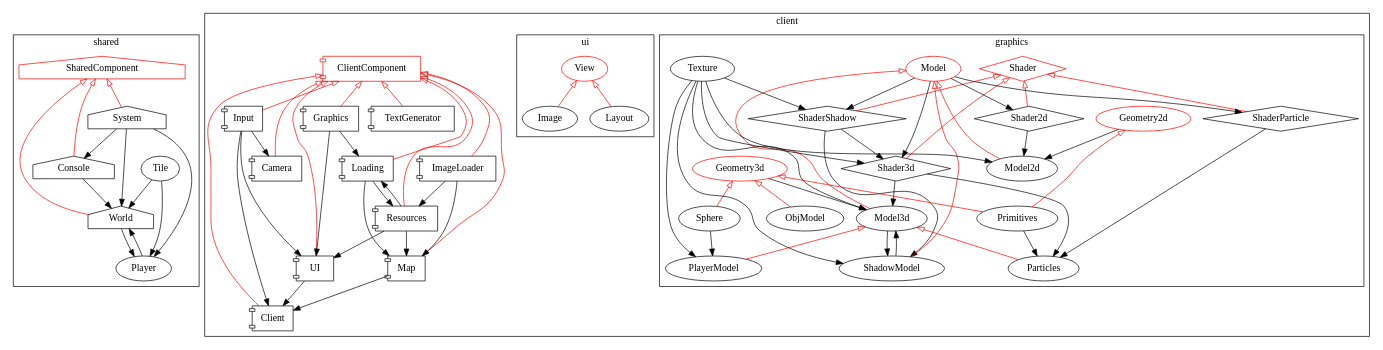
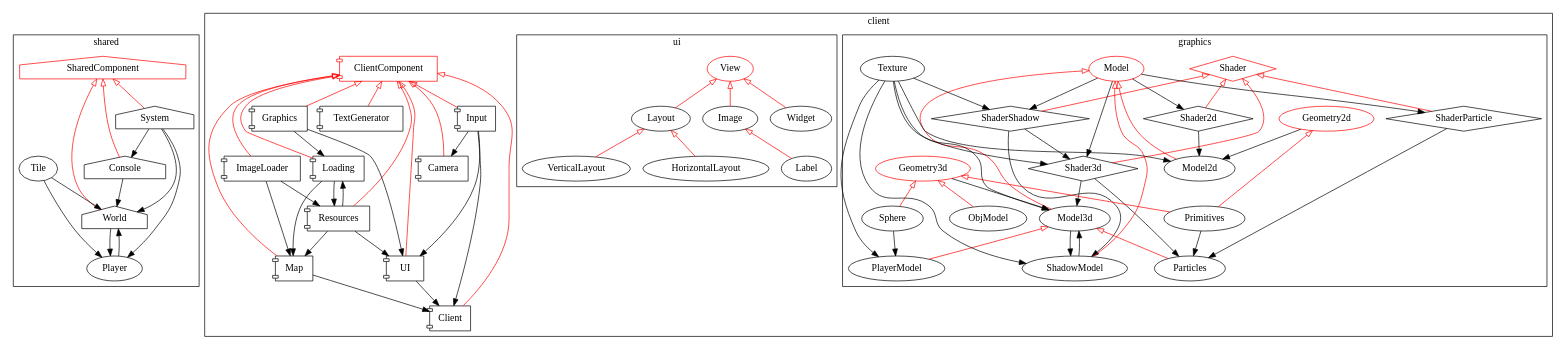
The diagram in graph.dot (AsGreyWolf/Teeworlds3d), drawn with Graphviz before and after one commit. The commit also changed 8 other files, not shown here.

```diff
--- a/graph.dot
+++ b/graph.dot
@@ -1,186 +1,195 @@
  digraph tee3d {
  	subgraph cluster_0 {
  		label="shared";
  		SharedComponent [shape=house color=red];
  		Console [shape=house];
 	 	System [shape=house];
 	 	World [shape=house];
 	 	Tile;
 	 	Player;
 		SharedComponent->Console[color=red arrowhead=none arrowtail=empty dir=back];
 		SharedComponent->System[color=red arrowhead=none arrowtail=empty dir=back];
 		SharedComponent->World[color=red arrowhead=none arrowtail=empty dir=back];
 		World->Player;
 		System->Player;
 		Tile->Player;
 		Player->World;
 		Tile->World;
 		Console->World;
 		System->World;
 		System->Console;
  	}
  	subgraph cluster_1 {
  		label="client";
 	 	ClientComponent [shape=component color=red];
 	 	Client [shape=component];
 	 	Graphics [shape=component];
 	 	Camera [shape=component];
 	 	Resources [shape=component];
 	 	Input [shape=component];
 	 	Map [shape=component];
 	 	TextGenerator [shape=component];
 	 	ImageLoader [shape=component];
 	 	Loading [shape=component];
 	 	UI [shape=component];
 
 		ClientComponent->Camera[color=red arrowhead=none arrowtail=empty dir=back];
 		ClientComponent->Client[color=red arrowhead=none arrowtail=empty dir=back];
 		ClientComponent->Graphics[color=red arrowhead=none arrowtail=empty dir=back];
 		ClientComponent->Resources[color=red arrowhead=none arrowtail=empty dir=back];
 		ClientComponent->Input[color=red arrowhead=none arrowtail=empty dir=back];
 		ClientComponent->Map[color=red arrowhead=none arrowtail=empty dir=back];
 		ClientComponent->TextGenerator[color=red arrowhead=none arrowtail=empty dir=back];
 		ClientComponent->ImageLoader[color=red arrowhead=none arrowtail=empty dir=back];
 		ClientComponent->Loading[color=red arrowhead=none arrowtail=empty dir=back];
 		ClientComponent->UI[color=red arrowhead=none arrowtail=empty dir=back];
 
 		Input->Client;
 		Input->Camera;
 		ImageLoader->Map;
 		ImageLoader->Resources->Map;
 		Loading->Map;
 		Loading->Resources;
 		Graphics->Loading;
 		Resources->Loading;
 		Graphics->UI;
 		Resources->UI;
 		Input->UI;
 		UI->Client;
 		Map->Client;
 
 	 	subgraph cluster_2 {
 	 		label="graphics";
 			Shader [shape=diamond color=red];
 			Shader3d [shape=diamond];
 			ShaderShadow [shape=diamond];
 			Shader2d [shape=diamond];
 			ShaderParticle [shape=diamond];
 			Model [color=red];
 			Geometry3d[color=red];
 			Geometry2d[color=red];
 			Model3d;
 			Model2d;
 			ShadowModel;
 			PlayerModel;
 			Particles;
 			ObjModel;
 			Primitives;
 			Sphere;
 			Texture;
 			Model->Model3d->PlayerModel[color=red arrowhead=none arrowtail=empty dir=back];
 			Model->ShadowModel[color=red arrowhead=none arrowtail=empty dir=back];
 			Model->Model2d[color=red arrowhead=none arrowtail=empty dir=back];
 			Shader->Shader3d[color=red arrowhead=none arrowtail=empty dir=back];
 			Shader->ShaderShadow[color=red arrowhead=none arrowtail=empty dir=back];
 			Shader->ShaderParticle[color=red arrowhead=none arrowtail=empty dir=back];
 			Shader->Shader2d[color=red arrowhead=none arrowtail=empty dir=back];
 			Geometry3d->ObjModel[color=red arrowhead=none arrowtail=empty dir=back];
 			Geometry3d->Primitives[color=red arrowhead=none arrowtail=empty dir=back];
 			Geometry3d->Sphere[color=red arrowhead=none arrowtail=empty dir=back];
 			Geometry2d->Primitives[color=red arrowhead=none arrowtail=empty dir=back];
 			Model3d->Particles[color=red arrowhead=none arrowtail=empty dir=back];
 
 			Shader3d->Model3d;
 			Texture->Model3d;
 			ShadowModel->Model3d;
 			Geometry3d->Model3d;
 			Shader2d->Model2d;
 			Texture->Model2d;
 			Geometry2d->Model2d;
 			Texture->PlayerModel;
 			Sphere->PlayerModel;
 			Model->Shader3d;
 			Texture->Shader3d;
 			ShaderShadow->Shader3d;
 			Model->Shader2d;
 			Texture->ShaderShadow;
 			Model->ShaderShadow;
 			Model->ShaderParticle;
 			Model3d->ShadowModel;
 			ShaderShadow->ShadowModel;
 			Texture->ShadowModel;
 			Shader3d->Particles;
 			ShaderParticle->Particles;
 			Primitives->Particles;
 	 	}
 	 	/*
 		Graphics->Model3d;
 		Graphics->Model2d;
 		Resources->PlayerModel;
 		Camera->Shader3d;
 		Graphics->Shader3d;
 		Graphics->Shader2d;
 		Shader->Graphics;
 		Camera->ShaderShadow;
 		Graphics->ShaderShadow;
 		Camera->ShaderParticle;
 		Graphics->ShaderParticle;
 		Loading->PlayerModel;
 
 		PlayerModel->Resources;
 		Texture->Resources;
 		Model3d->Resources;
 		Primitives->Resources;
 		ObjModel->Resources;
 		Model3d->Map;
 		PlayerModel->Map;
 		Primitives->Map;
 		Texture->TextGenerator;
 		Texture->ImageLoader;
 		Model2d->Loading;
 		Primitives->Loading;
 		*/
 		subgraph cluster_3 {
 			label="ui";
 			View[color=red];
 			Layout;
 			Image;
-			View->Layout[color=red arrowhead=none arrowtail=empty dir=back];
+			Label;
+			HorizontalLayout;
+			VerticalLayout;
+			Widget;
+			View->Layout->HorizontalLayout[color=red arrowhead=none arrowtail=empty dir=back];
+			Layout->VerticalLayout[color=red arrowhead=none arrowtail=empty dir=back];
 			View->Image[color=red arrowhead=none arrowtail=empty dir=back];
+			Image->Label[color=red arrowhead=none arrowtail=empty dir=back];
+			View->Widget[color=red arrowhead=none arrowtail=empty dir=back];
 		}
 		/*
 		Texture->Image;
 		Model2d->Image;
 		Primitives->Image;
+		Texture->Label;
 
 		UI->View;
+		TextGenerator->Label;
 
 		Layout->UI;
 		Image->UI;
 		*/
  	}
  	/*
 	SharedComponent->ClientComponent[color=red arrowhead=none arrowtail=empty dir=back];
 	System->Camera;
 	Map->Client;
 	Console->Client;
 	Console->Graphics;
 	System->Resources;
 	World->Map;
 	Tile->Map;
 	Console->TextGenerator;
 	System->TextGenerator;
 	Console->ImageLoader;
 	System->ImageLoader;
 	System->Loading;
 
 		Player->PlayerModel;
 		System->PlayerModel;
 		Console->Shader;
 		System->Shader;
 		System->Texture;
 		Graphics->Texture;
 		System->ObjModel;
 		System->ShaderParticle;
 		*/
 }
```
